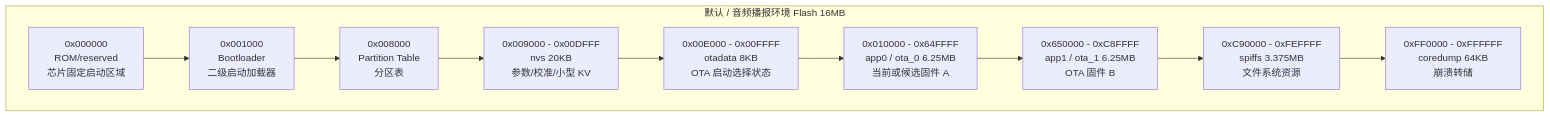
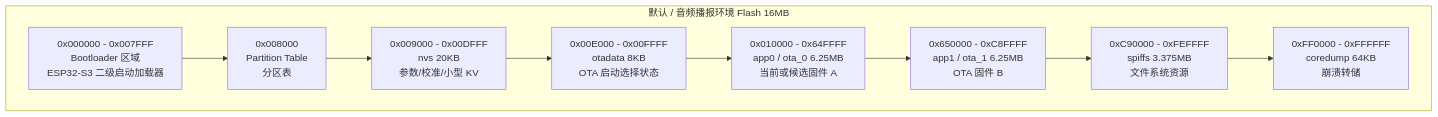
One commit to Yangth1993/BikeMB changed the sixth of 7 diagrams in docs/software-architecture.md. Above: the diagram before and after it, drawn with Mermaid. The commit also changed other lines of this file and 23 other files, not shown here.

````diff
--- a/docs/software-architecture.md
+++ b/docs/software-architecture.md
@@ -459,15 +541,14 @@
 ```mermaid
 flowchart TB
   subgraph DEFAULT_FLASH["默认 / 音频播报环境 Flash 16MB"]
-    D0["0x000000<br/>ROM/reserved<br/>芯片固定启动区域"]
-    D1["0x001000<br/>Bootloader<br/>二级启动加载器"]
+    D1["0x000000 - 0x007FFF<br/>Bootloader 区域<br/>ESP32-S3 二级启动加载器"]
     D2["0x008000<br/>Partition Table<br/>分区表"]
     D3["0x009000 - 0x00DFFF<br/>nvs 20KB<br/>参数/校准/小型 KV"]
     D4["0x00E000 - 0x00FFFF<br/>otadata 8KB<br/>OTA 启动选择状态"]
     D5["0x010000 - 0x64FFFF<br/>app0 / ota_0 6.25MB<br/>当前或候选固件 A"]
     D6["0x650000 - 0xC8FFFF<br/>app1 / ota_1 6.25MB<br/>OTA 固件 B"]
     D7["0xC90000 - 0xFEFFFF<br/>spiffs 3.375MB<br/>文件系统资源"]
     D8["0xFF0000 - 0xFFFFFF<br/>coredump 64KB<br/>崩溃转储"]
   end
-  D0 --> D1 --> D2 --> D3 --> D4 --> D5 --> D6 --> D7 --> D8
+  D1 --> D2 --> D3 --> D4 --> D5 --> D6 --> D7 --> D8
 ```
````
